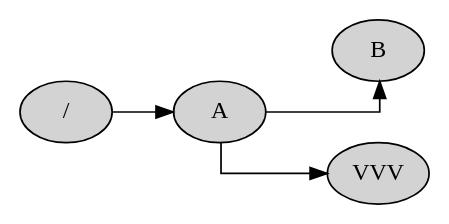
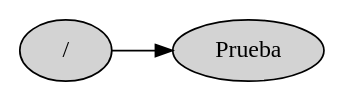
The diagram in Proyecto2/Grafo.dot (Eduardo01004/EDD_2S2019_PY2_201612124), drawn with Graphviz before and after one commit. The commit also changed 23 other files, not shown here.

```diff
--- a/Proyecto2/Grafo.dot
+++ b/Proyecto2/Grafo.dot
@@ -1,7 +1,5 @@
 digraph G{rankdir=LR;
  graph [splines=ortho, nodesep=0.5];
 node [shape=ellipse, style=filled]
-"/" -> "A"
-"A" -> "B"
-"A" -> "VVV"
+"/" -> "Prueba"
 }
```
